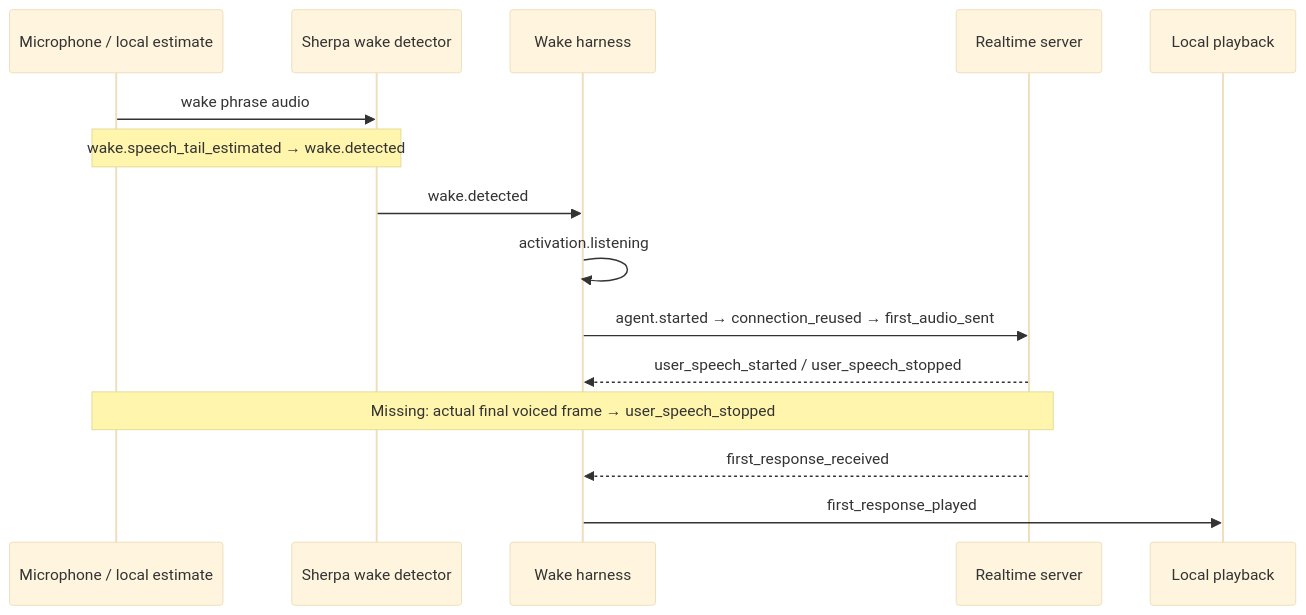
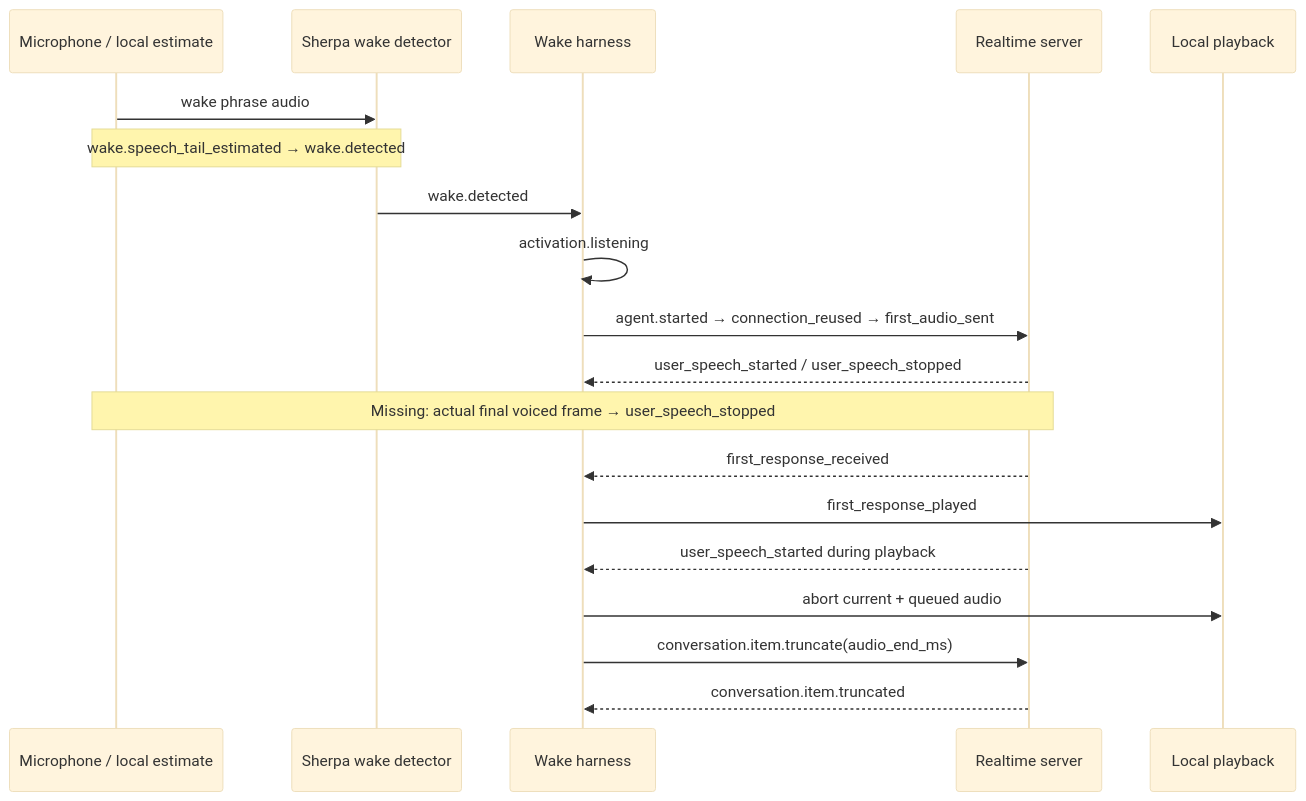
Before and after one commit to kamikaz1k/wake-on: the second of 2 diagrams in docs/latency-pipeline.md, drawn with Mermaid (base theme). The commit also changed other lines of this file and 13 other files, not shown here.

````diff
--- a/docs/latency-pipeline.md
+++ b/docs/latency-pipeline.md
@@ -84,18 +84,22 @@
 ```mermaid
 sequenceDiagram
     participant Mic as Microphone / local estimate
     participant Wake as Sherpa wake detector
     participant Harness as Wake harness
     participant RT as Realtime server
     participant Speaker as Local playback
 
     Mic->>Wake: wake phrase audio
     Note over Mic,Wake: wake.speech_tail_estimated → wake.detected
     Wake->>Harness: wake.detected
     Harness->>Harness: activation.listening
     Harness->>RT: agent.started → connection_reused → first_audio_sent
     RT-->>Harness: user_speech_started / user_speech_stopped
     Note over Mic,RT: Missing: actual final voiced frame → user_speech_stopped
     RT-->>Harness: first_response_received
     Harness->>Speaker: first_response_played
+    RT-->>Harness: user_speech_started during playback
+    Harness->>Speaker: abort current + queued audio
+    Harness->>RT: conversation.item.truncate(audio_end_ms)
+    RT-->>Harness: conversation.item.truncated
 ```
````
